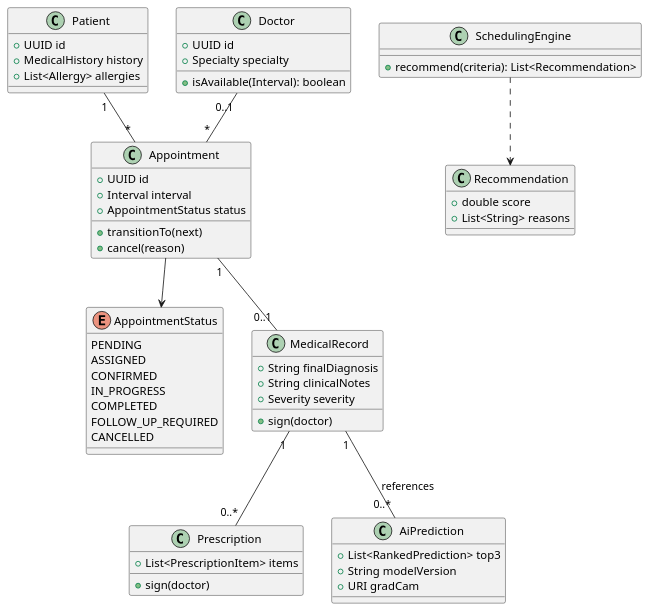
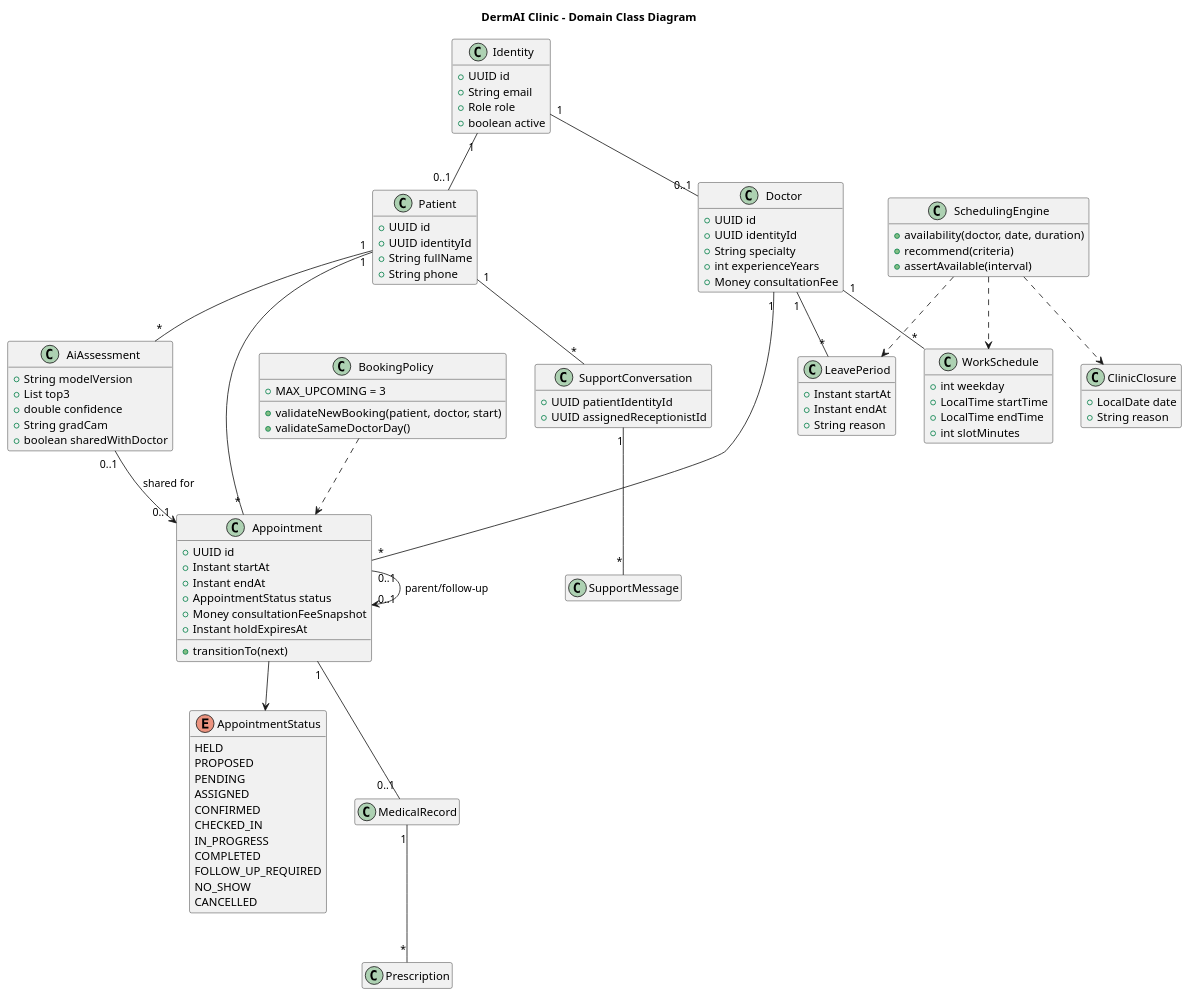
Before and after one commit to Nhutrieu/Dermai-clinic: the diagram in docs/diagrams/domain-class.puml, drawn with PlantUML. The commit also changed 87 other files, not shown here.

Commit message:
feat: add AI-first support and patient history controls

```diff
--- a/docs/diagrams/domain-class.puml
+++ b/docs/diagrams/domain-class.puml
@@ -1,57 +1,105 @@
 @startuml
+title DermAI Clinic - Domain Class Diagram
+skinparam shadowing false
+hide empty members
+
+class Identity {
+  +UUID id
+  +String email
+  +Role role
+  +boolean active
+}
 class Patient {
- +UUID id
- +MedicalHistory history
- +List<Allergy> allergies
+  +UUID id
+  +UUID identityId
+  +String fullName
+  +String phone
 }
 class Doctor {
- +UUID id
- +Specialty specialty
- +isAvailable(Interval): boolean
+  +UUID id
+  +UUID identityId
+  +String specialty
+  +int experienceYears
+  +Money consultationFee
+}
+class WorkSchedule {
+  +int weekday
+  +LocalTime startTime
+  +LocalTime endTime
+  +int slotMinutes
+}
+class LeavePeriod {
+  +Instant startAt
+  +Instant endAt
+  +String reason
 }
 class Appointment {
- +UUID id
- +Interval interval
- +AppointmentStatus status
- +transitionTo(next)
- +cancel(reason)
+  +UUID id
+  +Instant startAt
+  +Instant endAt
+  +AppointmentStatus status
+  +Money consultationFeeSnapshot
+  +Instant holdExpiresAt
+  +transitionTo(next)
 }
 enum AppointmentStatus {
- PENDING
- ASSIGNED
- CONFIRMED
- IN_PROGRESS
- COMPLETED
- FOLLOW_UP_REQUIRED
- CANCELLED
+  HELD
+  PROPOSED
+  PENDING
+  ASSIGNED
+  CONFIRMED
+  CHECKED_IN
+  IN_PROGRESS
+  COMPLETED
+  FOLLOW_UP_REQUIRED
+  NO_SHOW
+  CANCELLED
+}
+class BookingPolicy {
+  +validateNewBooking(patient, doctor, start)
+  +validateSameDoctorDay()
+  +MAX_UPCOMING = 3
 }
 class SchedulingEngine {
- +recommend(criteria): List<Recommendation>
+  +availability(doctor, date, duration)
+  +recommend(criteria)
+  +assertAvailable(interval)
 }
-class Recommendation {
- +double score
- +List<String> reasons
+class ClinicClosure {
+  +LocalDate date
+  +String reason
 }
-class MedicalRecord {
- +String finalDiagnosis
- +String clinicalNotes
- +Severity severity
- +sign(doctor)
+class AiAssessment {
+  +String modelVersion
+  +List top3
+  +double confidence
+  +String gradCam
+  +boolean sharedWithDoctor
 }
-class Prescription {
- +List<PrescriptionItem> items
- +sign(doctor)
+class MedicalRecord
+class Prescription
+class SupportConversation {
+  +UUID patientIdentityId
+  +UUID assignedReceptionistId
 }
-class AiPrediction {
- +List<RankedPrediction> top3
- +String modelVersion
- +URI gradCam
-}
+class SupportMessage
+
+Identity "1" -- "0..1" Patient
+Identity "1" -- "0..1" Doctor
+Doctor "1" -- "*" WorkSchedule
+Doctor "1" -- "*" LeavePeriod
 Patient "1" -- "*" Appointment
-Doctor "0..1" -- "*" Appointment
+Doctor "1" -- "*" Appointment
 Appointment --> AppointmentStatus
-SchedulingEngine ..> Recommendation
+Appointment "0..1" --> "0..1" Appointment : parent/follow-up
+BookingPolicy ..> Appointment
+SchedulingEngine ..> WorkSchedule
+SchedulingEngine ..> LeavePeriod
+SchedulingEngine ..> ClinicClosure
+Patient "1" -- "*" AiAssessment
+AiAssessment "0..1" --> "0..1" Appointment : shared for
 Appointment "1" -- "0..1" MedicalRecord
-MedicalRecord "1" -- "0..*" Prescription
-MedicalRecord "1" -- "0..*" AiPrediction : references
+MedicalRecord "1" -- "*" Prescription
+Patient "1" -- "*" SupportConversation
+SupportConversation "1" -- "*" SupportMessage
 @enduml
```
